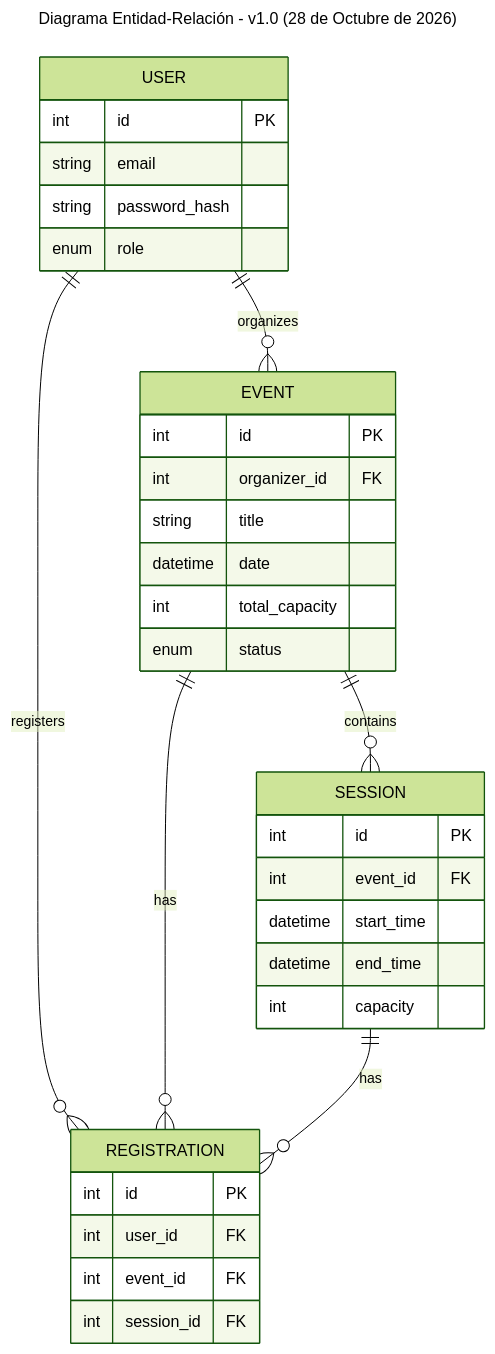
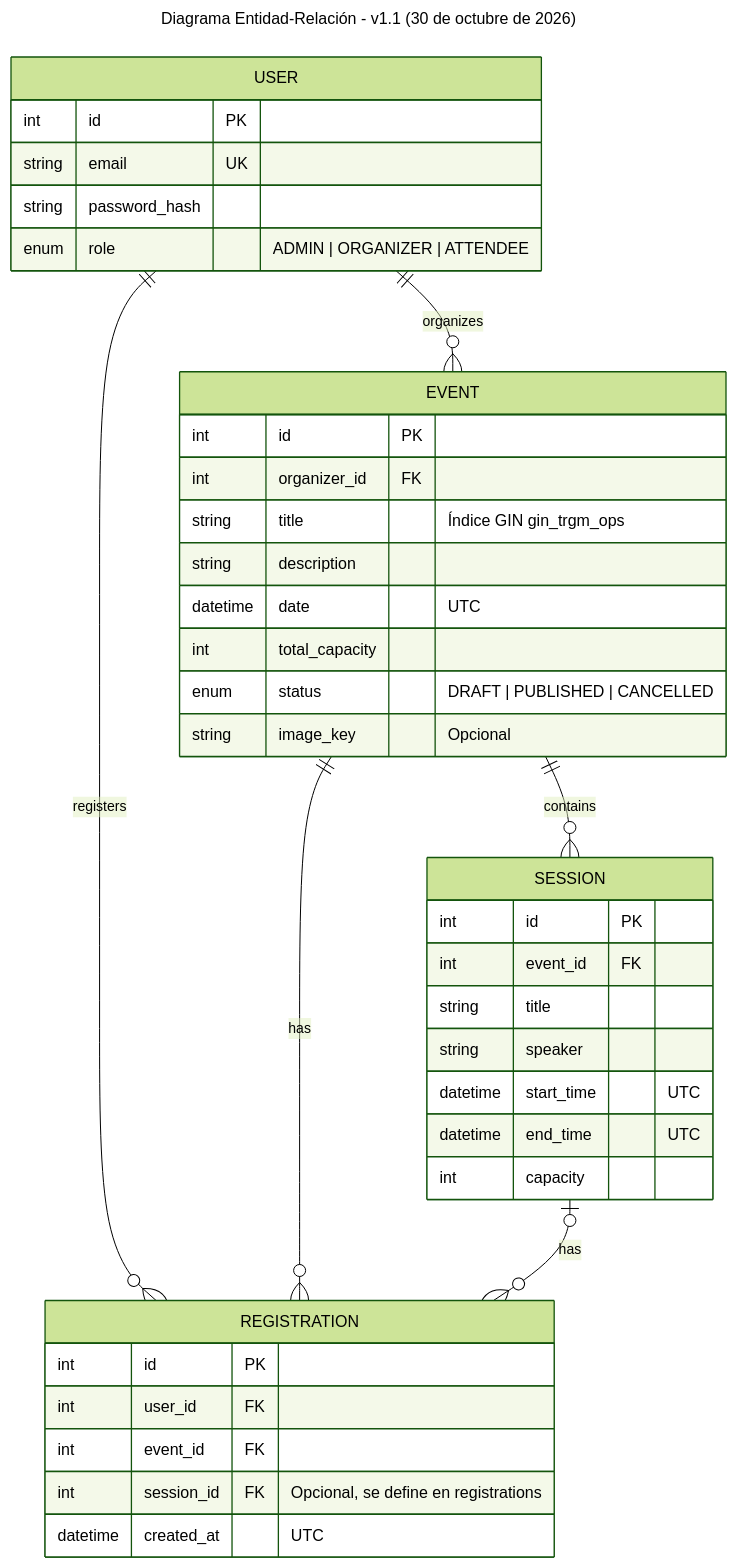
One commit to sebaxtian/mis-eventos changed the second of 4 diagrams in docs/Analisis-Arquitectonico-Funcional-Plataforma-Mis-Eventos.md. Above: the diagram before and after it, drawn with Mermaid (forest theme). The commit also changed other lines of this file and 7 other files, not shown here.

````diff
--- a/docs/Analisis-Arquitectonico-Funcional-Plataforma-Mis-Eventos.md
+++ b/docs/Analisis-Arquitectonico-Funcional-Plataforma-Mis-Eventos.md
@@ -84,39 +106,44 @@
 ```mermaid
 ---
-title: Diagrama Entidad-Relación - v1.0 (28 de Octubre de 2026)
+title: Diagrama Entidad-Relación - v1.1 (30 de octubre de 2026)
 ---
 erDiagram
     USER ||--o{ REGISTRATION : registers
     USER ||--o{ EVENT : organizes
     EVENT ||--o{ SESSION : contains
     EVENT ||--o{ REGISTRATION : has
-    SESSION ||--o{ REGISTRATION : has
+    SESSION |o--o{ REGISTRATION : has
 
     USER {
         int id PK
-        string email
+        string email UK
         string password_hash
-        enum role
+        enum role "ADMIN | ORGANIZER | ATTENDEE"
     }
     EVENT {
         int id PK
         int organizer_id FK
-        string title
-        datetime date
+        string title "Índice GIN gin_trgm_ops"
+        string description
+        datetime date "UTC"
         int total_capacity
-        enum status
+        enum status "DRAFT | PUBLISHED | CANCELLED"
+        string image_key "Opcional"
     }
     SESSION {
         int id PK
         int event_id FK
-        datetime start_time
-        datetime end_time
+        string title
+        string speaker
+        datetime start_time "UTC"
+        datetime end_time "UTC"
         int capacity
     }
     REGISTRATION {
         int id PK
         int user_id FK
         int event_id FK
-        int session_id FK
+        int session_id FK "Opcional, se define en registrations"
+        datetime created_at "UTC"
     }
 ```
````
